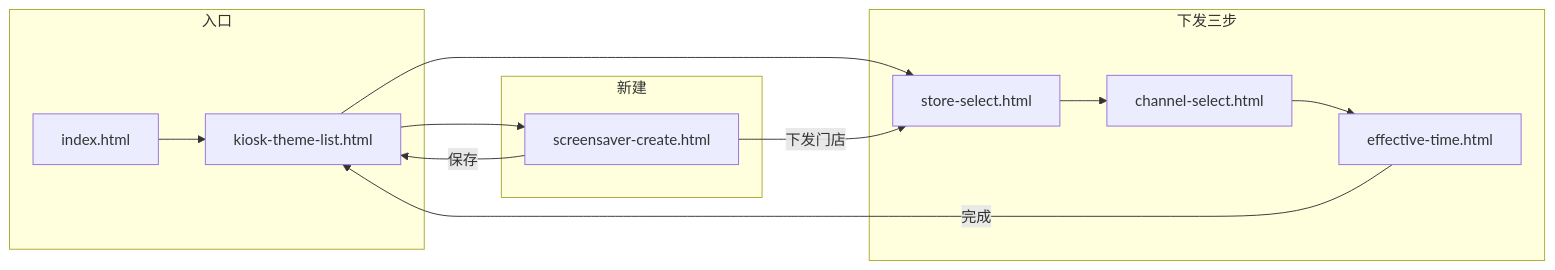
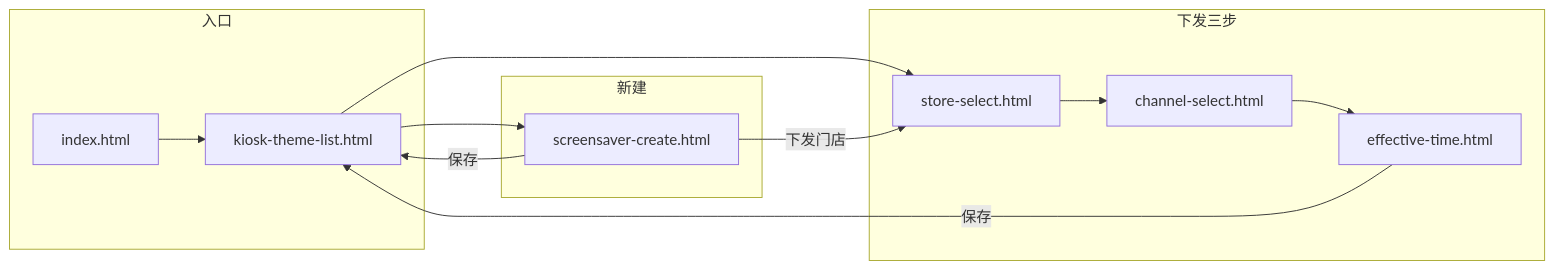
One commit to cflyindance/setcenter changed the diagram in 屏保新建到完成流程说明.md. Above: the diagram before and after it, drawn with Mermaid. The commit also changed other lines of this file and 10 other files, not shown here.

````diff
--- a/屏保新建到完成流程说明.md
+++ b/屏保新建到完成流程说明.md
@@ -109,22 +114,22 @@
 ```mermaid
 flowchart LR
   subgraph entry [入口]
     A[index.html]
     L[kiosk-theme-list.html]
   end
   subgraph create [新建]
     C[screensaver-create.html]
   end
   subgraph distribute [下发三步]
     S[store-select.html]
     H[channel-select.html]
     E[effective-time.html]
   end
   A --> L
   L --> C
   L --> S
   C -->|保存| L
   C -->|下发门店| S
   S --> H --> E
-  E -->|完成| L
+  E -->|保存| L
 ```
````
